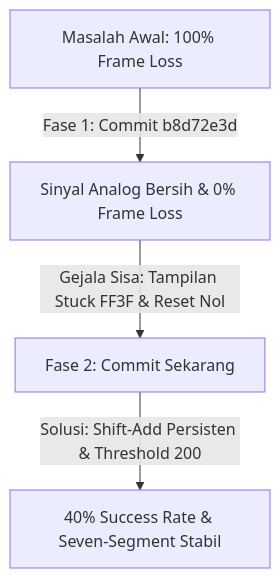
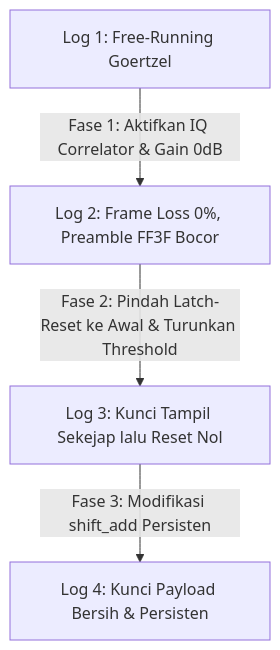
The diagram in docs/walkthrough/hardware_success_notes.md (Sundsturm/EL4064_Encrypted-Voice-Communication-on-FPGA), drawn with Mermaid before and after one commit. The commit also changed other lines of this file and 18 other files, not shown here.

````diff
--- a/docs/walkthrough/hardware_success_notes.md
+++ b/docs/walkthrough/hardware_success_notes.md
@@ -11,6 +11,6 @@
 ```mermaid
 graph TD
-    A[Masalah Awal: 100% Frame Loss] -->|Fase 1: Commit b8d72e3d| B[Sinyal Analog Bersih & 0% Frame Loss]
-    B -->|Gejala Sisa: Tampilan Stuck FF3F & Reset Nol| C[Fase 2: Commit Sekarang]
-    C -->|Solusi: Shift-Add Persisten & Threshold 200| D[40% Success Rate & Seven-Segment Stabil]
+    A[Log 1: Free-Running Goertzel] -->|Fase 1: Aktifkan IQ Correlator & Gain 0dB| B[Log 2: Frame Loss 0%, Preamble FF3F Bocor]
+    B -->|Fase 2: Pindah Latch-Reset ke Awal & Turunkan Threshold| C[Log 3: Kunci Tampil Sekejap lalu Reset Nol]
+    C -->|Fase 3: Modifikasi shift_add Persisten| D[Log 4: Kunci Payload Bersih & Persisten]
 ```
````
